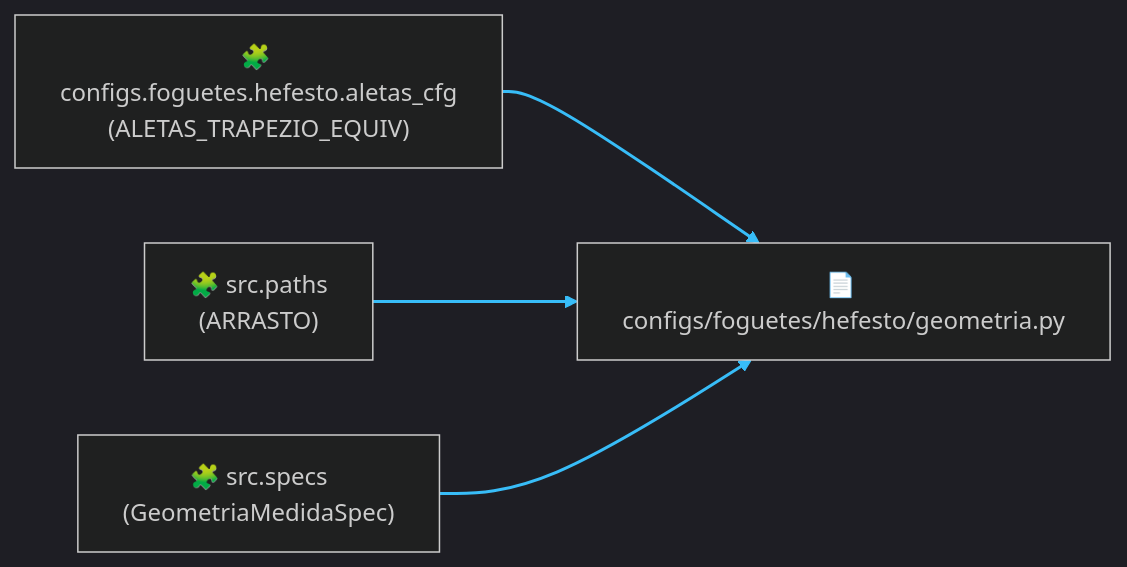
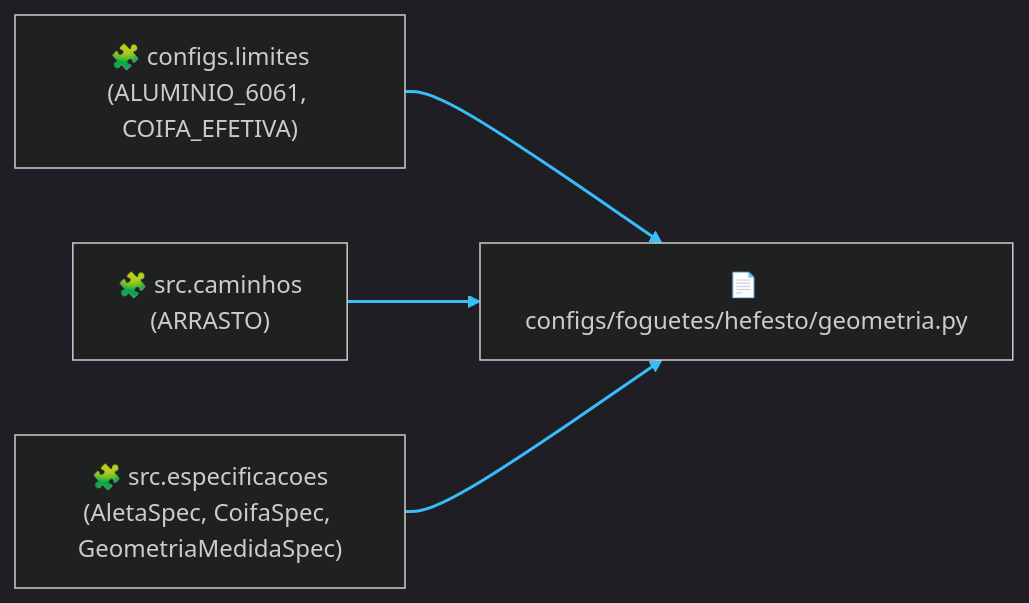
Before and after one commit to Supernova-Sim/Simulator-GUI-Python: the diagram in docs/arquitetura/_gerados_c4/configs__foguetes__hefesto__geometria.c4.md, drawn with Mermaid. The commit also changed other lines of this file and 130 other files, not shown here.

````diff
--- a/docs/arquitetura/_gerados_c4/configs__foguetes__hefesto__geometria.c4.md
+++ b/docs/arquitetura/_gerados_c4/configs__foguetes__hefesto__geometria.c4.md
@@ -21,12 +21,12 @@
 ```mermaid
 %%{init: {'theme': 'dark', 'themeVariables': { 'lineColor': '#38bdf8' }}}%%
 flowchart LR
     MOD["📄 configs/foguetes/hefesto/geometria.py"]
-    INT_0["🧩 configs.foguetes.hefesto.aletas_cfg\n(ALETAS_TRAPEZIO_EQUIV)"] --> MOD
-    click INT_0 href "configs__foguetes__hefesto__aletas_cfg.c4.md" "Abrir C4 de configs.foguetes.hefesto.aletas_cfg"
-    INT_1["🧩 src.paths\n(ARRASTO)"] --> MOD
-    click INT_1 href "src__paths.c4.md" "Abrir C4 de src.paths"
-    INT_2["🧩 src.specs\n(GeometriaMedidaSpec)"] --> MOD
-    click INT_2 href "src__specs.c4.md" "Abrir C4 de src.specs"
+    INT_0["🧩 configs.limites\n(ALUMINIO_6061, COIFA_EFETIVA)"] --> MOD
+    click INT_0 href "configs__limites.c4.md" "Abrir C4 de configs.limites"
+    INT_1["🧩 src.caminhos\n(ARRASTO)"] --> MOD
+    click INT_1 href "src__caminhos.c4.md" "Abrir C4 de src.caminhos"
+    INT_2["🧩 src.especificacoes\n(AletaSpec, CoifaSpec, GeometriaMedidaSpec)"] --> MOD
+    click INT_2 href "src__especificacoes.c4.md" "Abrir C4 de src.especificacoes"
     linkStyle default stroke:#38bdf8,stroke-width:2px;
 ```
````
